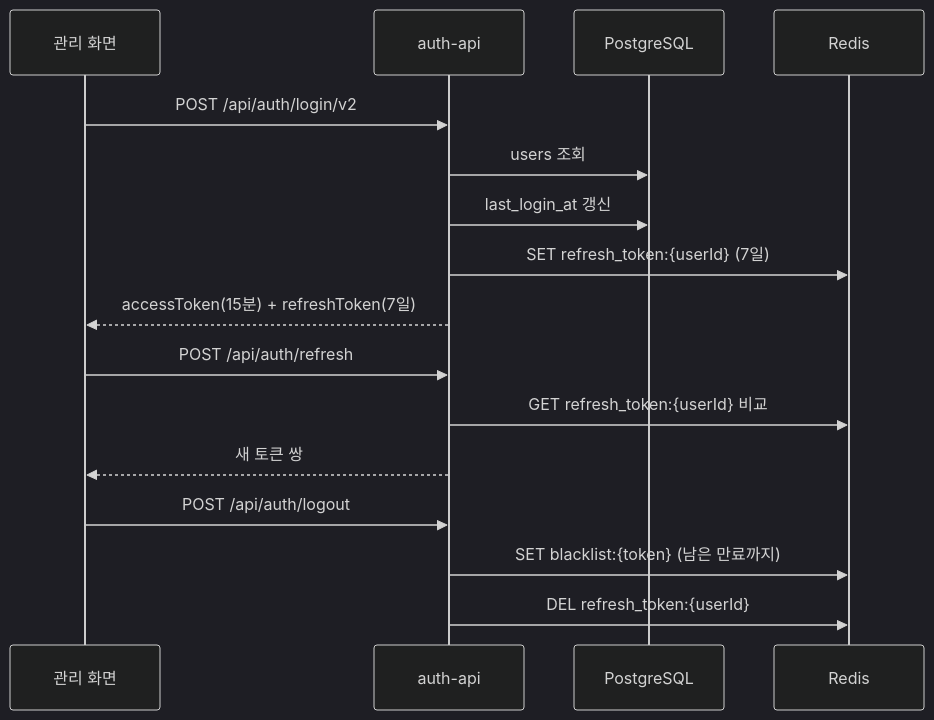
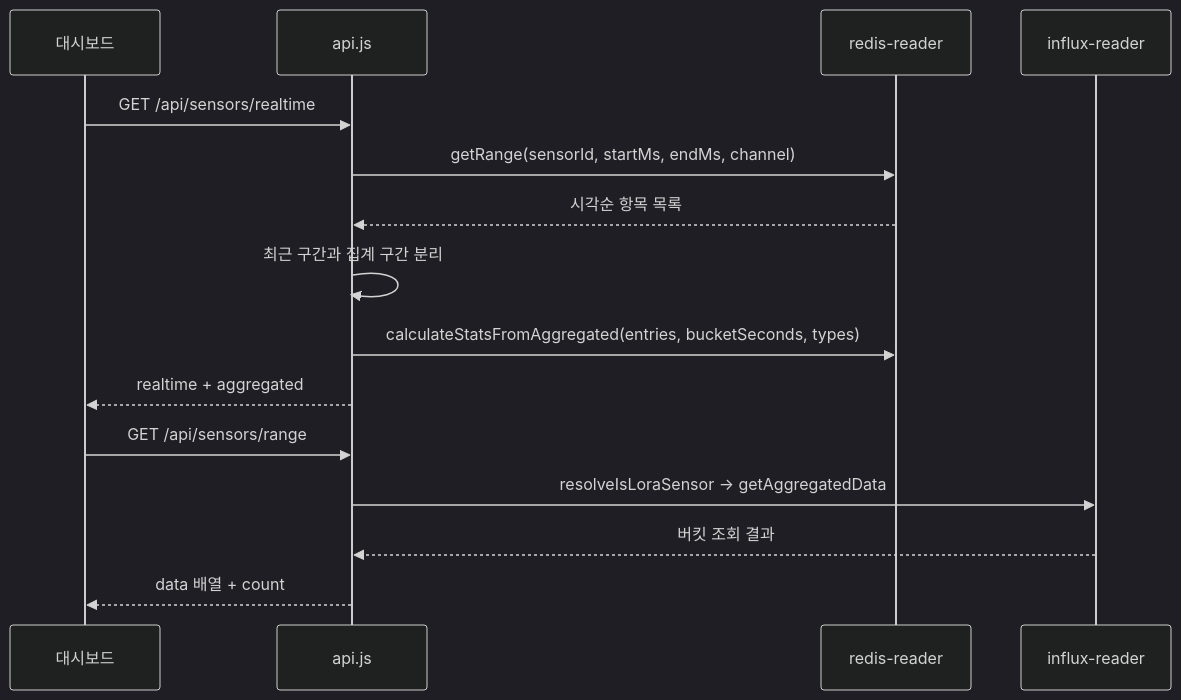
Before and after one commit to inbm-company/geoverse--: the second of 3 diagrams in server/undefined-1.md, drawn with Mermaid (dark theme). The commit also changed other lines of this file and 8 other files, not shown here.

````diff
--- a/server/undefined-1.md
+++ b/server/undefined-1.md
@@ -281,21 +46,19 @@
 ```mermaid
 sequenceDiagram
-    participant C as 관리 화면
-    participant A as auth-api
-    participant P as PostgreSQL
-    participant R as Redis
+    participant C as 대시보드
+    participant A as api.js
+    participant R as redis-reader
+    participant I as influx-reader
 
-    C->>A: POST /api/auth/login/v2
-    A->>P: users 조회
-    A->>P: last_login_at 갱신
-    A->>R: SET refresh_token:{userId} (7일)
-    A-->>C: accessToken(15분) + refreshToken(7일)
+    C->>A: GET /api/sensors/realtime
+    A->>R: getRange(sensorId, startMs, endMs, channel)
+    R-->>A: 시각순 항목 목록
+    A->>A: 최근 구간과 집계 구간 분리
+    A->>R: calculateStatsFromAggregated(entries, bucketSeconds, types)
+    A-->>C: realtime + aggregated
 
-    C->>A: POST /api/auth/refresh
-    A->>R: GET refresh_token:{userId} 비교
-    A-->>C: 새 토큰 쌍
-
-    C->>A: POST /api/auth/logout
-    A->>R: SET blacklist:{token} (남은 만료까지)
-    A->>R: DEL refresh_token:{userId}
+    C->>A: GET /api/sensors/range
+    A->>I: resolveIsLoraSensor → getAggregatedData
+    I-->>A: 버킷 조회 결과
+    A-->>C: data 배열 + count
 ```
````
